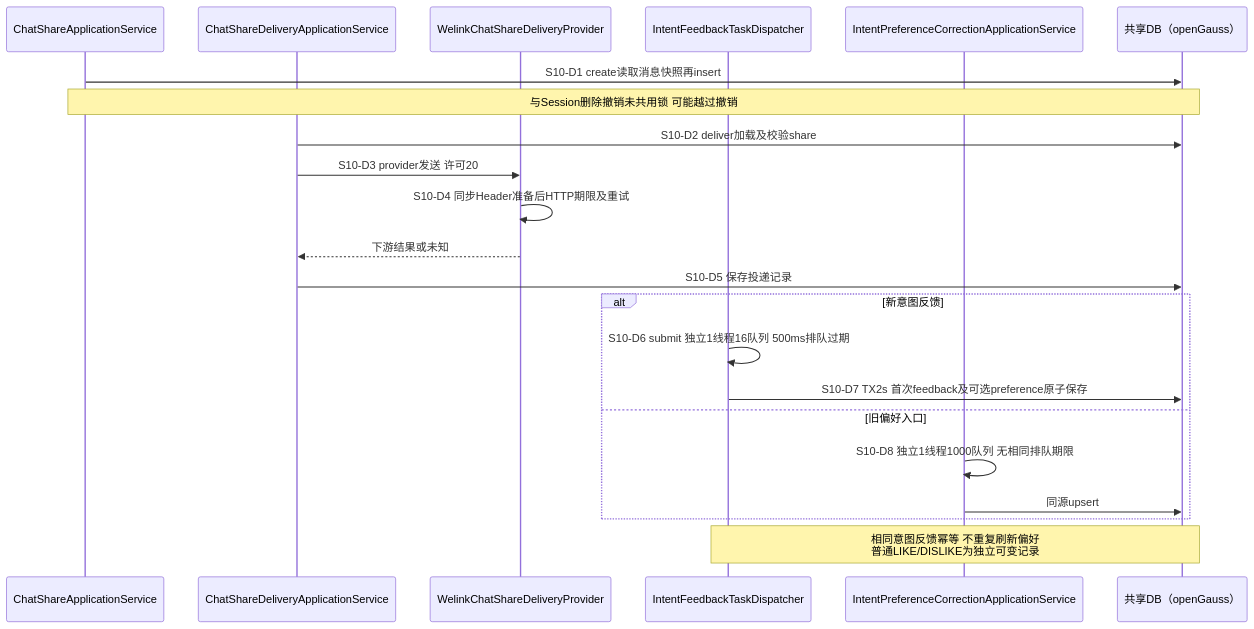
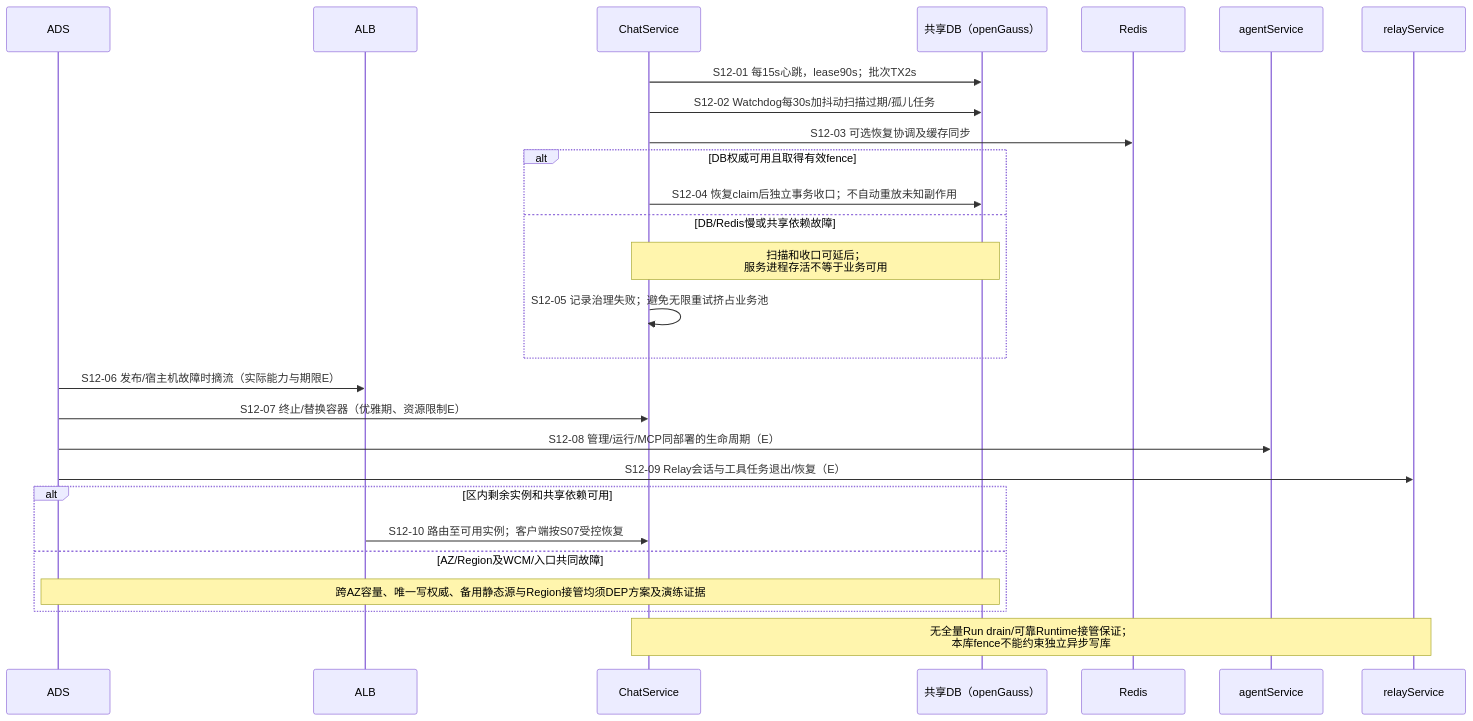
Before and after one commit to kunben-duck/exweb: diagram 12 of 12 in docs/architecture/high-availability/scenarios.md, drawn with Mermaid. The commit also changed other lines of this file and 8 other files, not shown here.

````diff
--- a/docs/architecture/high-availability/scenarios.md
+++ b/docs/architecture/high-availability/scenarios.md
@@ -921,24 +552,29 @@
 ```mermaid
 sequenceDiagram
-    participant SHARE as ChatShareApplicationService
-    participant DEL as ChatShareDeliveryApplicationService
-    participant W as WelinkChatShareDeliveryProvider
-    participant FB as IntentFeedbackTaskDispatcher
-    participant PREF as IntentPreferenceCorrectionApplicationService
+participant ADS
+    participant ALB
+    participant CHAT as ChatService
     participant DB as 共享DB（openGauss）
-    SHARE->>DB: S10-D1 create读取消息快照再insert
-    Note over SHARE,DB: 与Session删除撤销未共用锁 可能越过撤销
-    DEL->>DB: S10-D2 deliver加载及校验share
-    DEL->>W: S10-D3 provider发送 许可20
-    W->>W: S10-D4 同步Header准备后HTTP期限及重试
-    W-->>DEL: 下游结果或未知
-    DEL->>DB: S10-D5 保存投递记录
-    alt 新意图反馈
-        FB->>FB: S10-D6 submit 独立1线程16队列 500ms排队过期
-        FB->>DB: S10-D7 TX2s 首次feedback及可选preference原子保存
-    else 旧偏好入口
-        PREF->>PREF: S10-D8 独立1线程1000队列 无相同排队期限
-        PREF->>DB: 同源upsert
+    participant REDIS as Redis
+    participant AGENT as agentService
+    participant RELAY as relayService
+    CHAT->>DB: S12-01 每15s心跳，lease90s；批次TX2s
+    CHAT->>DB: S12-02 Watchdog每30s加抖动扫描过期/孤儿任务
+    CHAT->>REDIS: S12-03 可选恢复协调及缓存同步
+    alt DB权威可用且取得有效fence
+        CHAT->>DB: S12-04 恢复claim后独立事务收口；不自动重放未知副作用
+    else DB/Redis慢或共享依赖故障
+        Note over CHAT,DB: 扫描和收口可延后；<br/>服务进程存活不等于业务可用
+        CHAT->>CHAT: S12-05 记录治理失败；避免无限重试挤占业务池
     end
-    Note over FB,DB: 相同意图反馈幂等 不重复刷新偏好<br/>普通LIKE/DISLIKE为独立可变记录
+    ADS->>ALB: S12-06 发布/宿主机故障时摘流（实际能力与期限E）
+    ADS->>CHAT: S12-07 终止/替换容器（优雅期、资源限制E）
+    ADS->>AGENT: S12-08 管理/运行/MCP同部署的生命周期（E）
+    ADS->>RELAY: S12-09 Relay会话与工具任务退出/恢复（E）
+    alt 区内剩余实例和共享依赖可用
+        ALB->>CHAT: S12-10 路由至可用实例；客户端按S07受控恢复
+    else AZ/Region及WCM/入口共同故障
+        Note over ADS,DB: 跨AZ容量、唯一写权威、备用静态源与Region接管均须DEP方案及演练证据
+    end
+    Note over CHAT,RELAY: 无全量Run drain/可靠Runtime接管保证；<br/>本库fence不能约束独立异步写库
 ```
````
